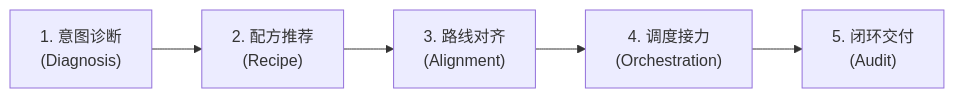
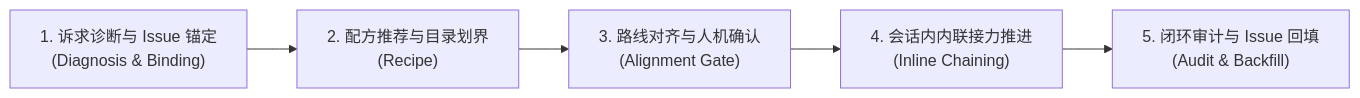
The diagram in docs/skills/at-workflow.md (atengk/skills), drawn with Mermaid before and after one commit. The commit also changed other lines of this file and 4 other files, not shown here.

````diff
--- a/docs/skills/at-workflow.md
+++ b/docs/skills/at-workflow.md
@@ -39,7 +40,7 @@
 ```mermaid
 flowchart LR
-    S1["1. 意图诊断<br>(Diagnosis)"] --> S2["2. 配方推荐<br>(Recipe)"]
-    S2 --> S3["3. 路线对齐<br>(Alignment)"]
-    S3 --> S4["4. 调度接力<br>(Orchestration)"]
-    S4 --> S5["5. 闭环交付<br>(Audit)"]
+    S1["1. 诉求诊断与 Issue 锚定<br>(Diagnosis & Binding)"] --> S2["2. 配方推荐与目录划界<br>(Recipe)"]
+    S2 --> S3["3. 路线对齐与人机确认<br>(Alignment Gate)"]
+    S3 --> S4["4. 会话内内联接力推进<br>(Inline Chaining)"]
+    S4 --> S5["5. 闭环审计与 Issue 回填<br>(Audit & Backfill)"]
 ```
````
